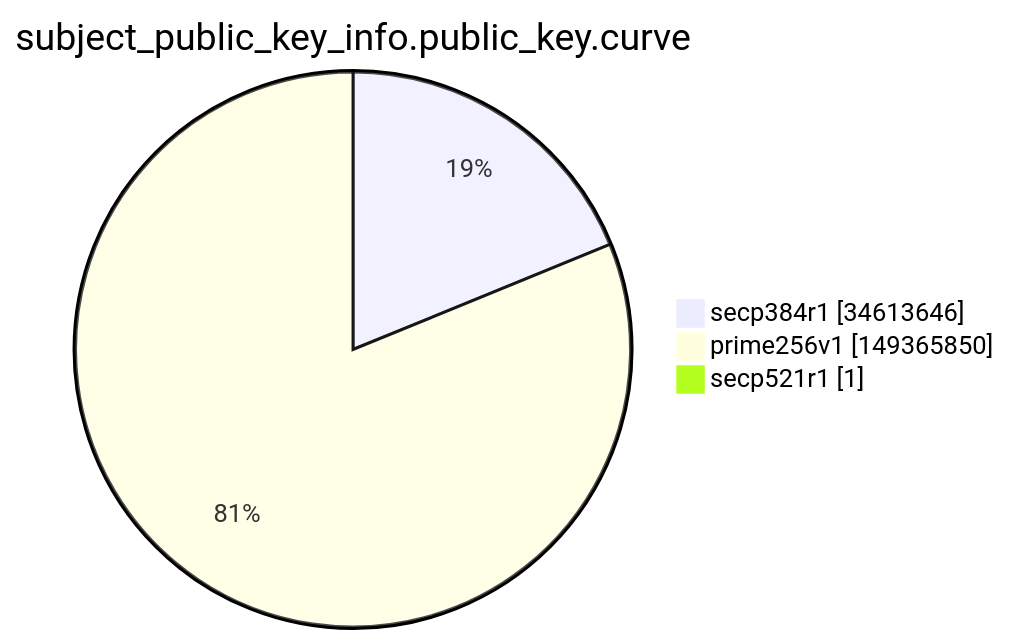
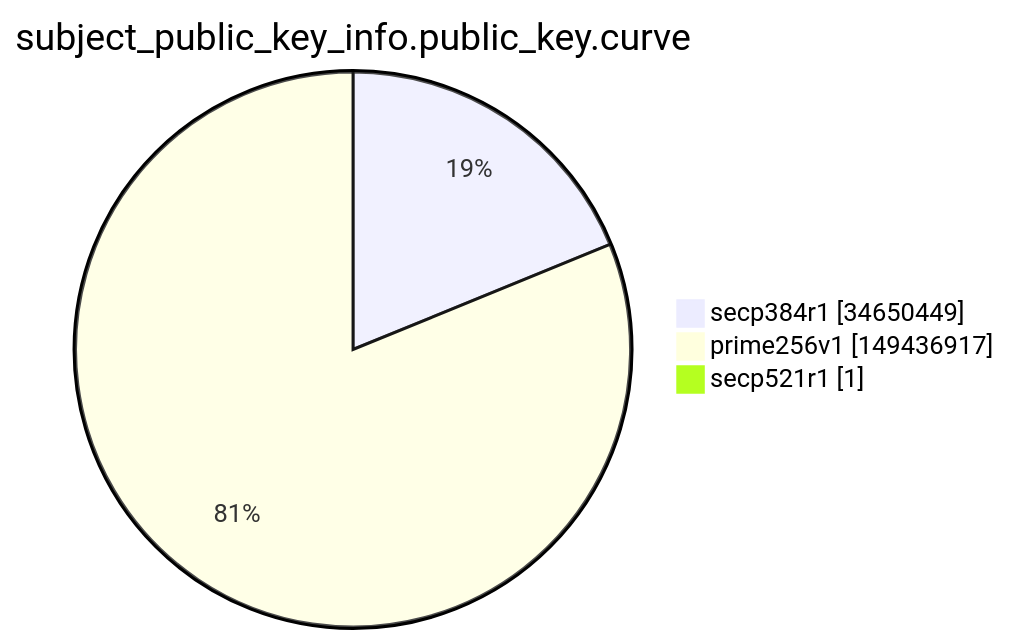
One commit to christiankrug/ctmonitor_visualization changed the ninth of 15 diagrams in argon2022/README.md. Above: the diagram before and after it, drawn with Mermaid. The commit also changed other lines of this file, not shown here.

````diff
--- a/argon2022/README.md
+++ b/argon2022/README.md
@@ -2764,7 +2764,7 @@
 ```mermaid
 pie showData
 title subject_public_key_info.public_key.curve
-"secp384r1" :34613646
-"prime256v1" :149365850
+"secp384r1" :34650449
+"prime256v1" :149436917
 "secp521r1" :1
 ```
````
